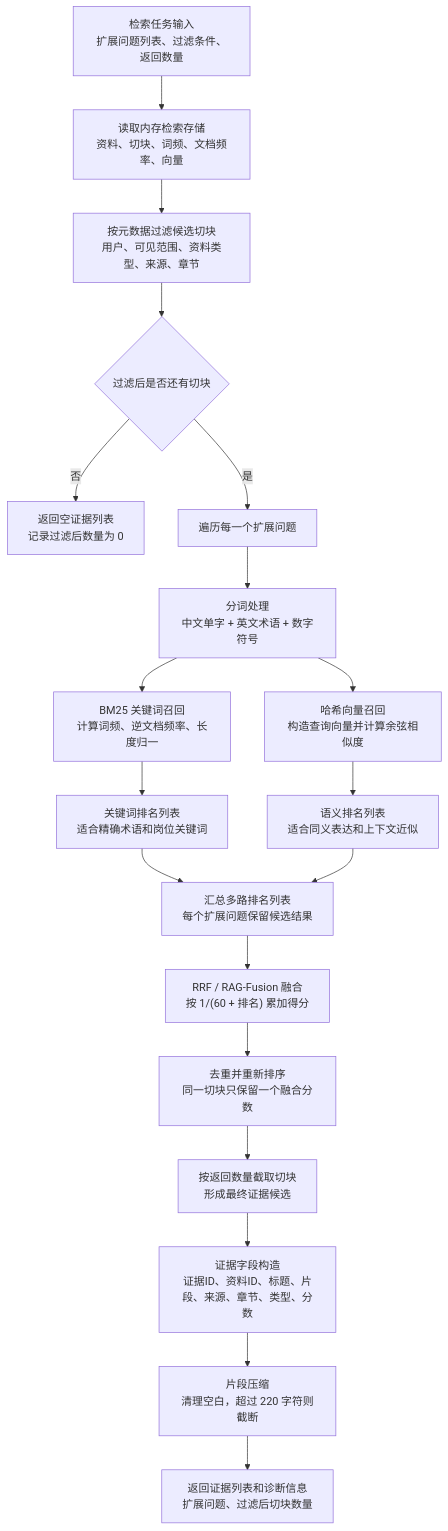
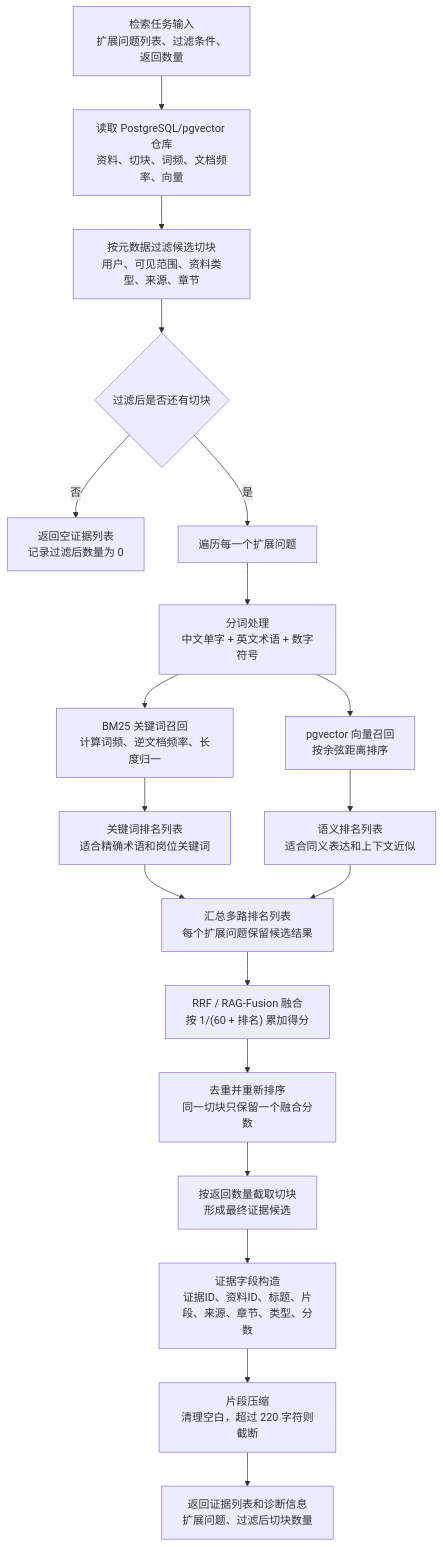
Before and after one commit to HeWhenJay/Multimodal-RAG-Agent-Learning-Evidence-Platform: the fourth of 4 diagrams in README.md, drawn with Mermaid. The commit also changed other lines of this file and 11 other files, not shown here.

Commit message:
feat: 接入 PostgreSQL pgvector RAG 仓库

````diff
--- a/README.md
+++ b/README.md
@@ -115,21 +115,21 @@
 ```mermaid
 flowchart TD
-    C0["检索任务输入<br/>扩展问题列表、过滤条件、返回数量"] --> C1["读取内存检索存储<br/>资料、切块、词频、文档频率、向量"]
+    C0["检索任务输入<br/>扩展问题列表、过滤条件、返回数量"] --> C1["读取 PostgreSQL/pgvector 仓库<br/>资料、切块、词频、文档频率、向量"]
     C1 --> C2["按元数据过滤候选切块<br/>用户、可见范围、资料类型、来源、章节"]
     C2 --> C3{"过滤后是否还有切块"}
     C3 -->|"否"| C4["返回空证据列表<br/>记录过滤后数量为 0"]
     C3 -->|"是"| C5["遍历每一个扩展问题"]
     C5 --> C6["分词处理<br/>中文单字 + 英文术语 + 数字符号"]
     C6 --> C7["BM25 关键词召回<br/>计算词频、逆文档频率、长度归一"]
-    C6 --> C8["哈希向量召回<br/>构造查询向量并计算余弦相似度"]
+    C6 --> C8["pgvector 向量召回<br/>按余弦距离排序"]
     C7 --> C9["关键词排名列表<br/>适合精确术语和岗位关键词"]
     C8 --> C10["语义排名列表<br/>适合同义表达和上下文近似"]
     C9 --> C11["汇总多路排名列表<br/>每个扩展问题保留候选结果"]
     C10 --> C11
     C11 --> C12["RRF / RAG-Fusion 融合<br/>按 1/(60 + 排名) 累加得分"]
     C12 --> C13["去重并重新排序<br/>同一切块只保留一个融合分数"]
     C13 --> C14["按返回数量截取切块<br/>形成最终证据候选"]
     C14 --> C15["证据字段构造<br/>证据ID、资料ID、标题、片段、来源、章节、类型、分数"]
     C15 --> C16["片段压缩<br/>清理空白，超过 220 字符则截断"]
     C16 --> C17["返回证据列表和诊断信息<br/>扩展问题、过滤后切块数量"]
 ```
````
